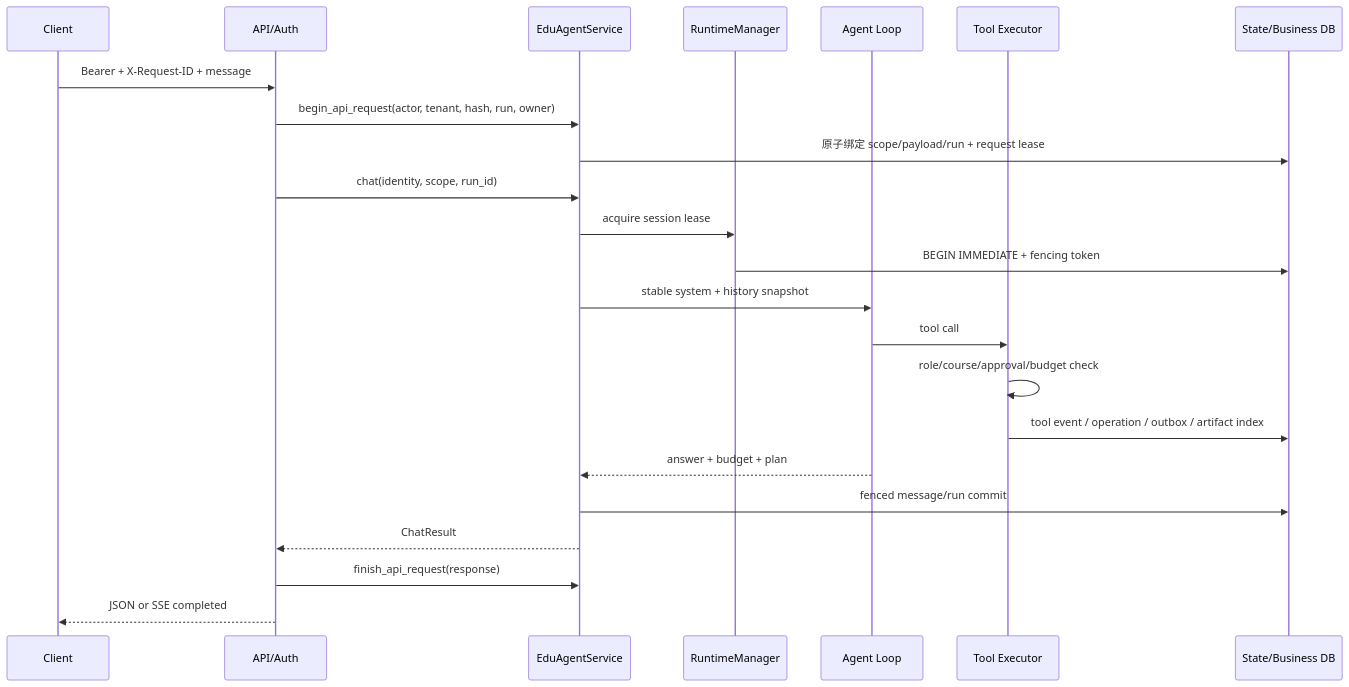
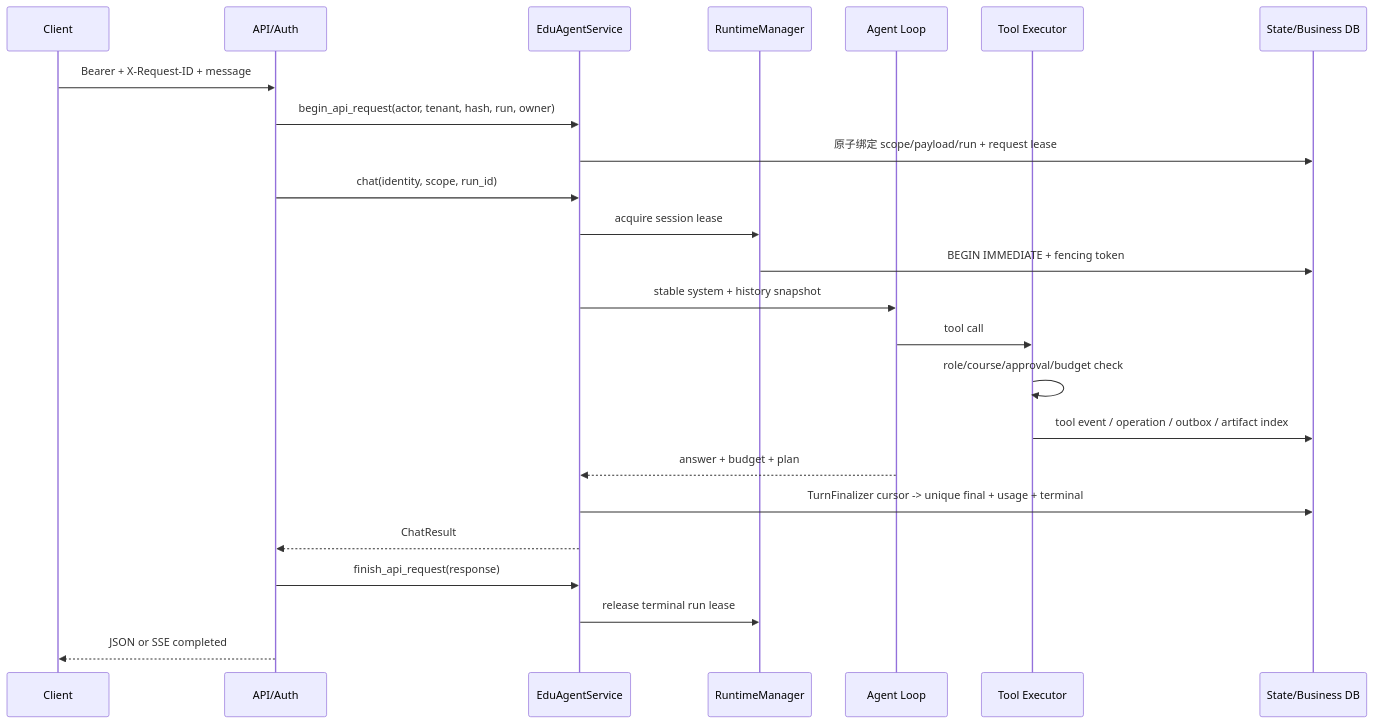
The second of 6 diagrams in docs/architecture.md (zhangxiaobina/edu-agent), drawn with Mermaid before and after one commit. The commit also changed other lines of this file and 21 other files, not shown here.

Commit message:
feat: add durable turn finalizer

````diff
--- a/docs/architecture.md
+++ b/docs/architecture.md
@@ -69,26 +69,27 @@
 ```mermaid
 sequenceDiagram
     participant C as Client
     participant A as API/Auth
     participant S as EduAgentService
     participant R as RuntimeManager
     participant G as Agent Loop
     participant T as Tool Executor
     participant DB as State/Business DB
 
     C->>A: Bearer + X-Request-ID + message
     A->>S: begin_api_request(actor, tenant, hash, run, owner)
     S->>DB: 原子绑定 scope/payload/run + request lease
     A->>S: chat(identity, scope, run_id)
     S->>R: acquire session lease
     R->>DB: BEGIN IMMEDIATE + fencing token
     S->>G: stable system + history snapshot
     G->>T: tool call
     T->>T: role/course/approval/budget check
     T->>DB: tool event / operation / outbox / artifact index
     G-->>S: answer + budget + plan
-    S->>DB: fenced message/run commit
+    S->>DB: TurnFinalizer cursor -> unique final + usage + terminal
     S-->>A: ChatResult
     A->>S: finish_api_request(response)
+    S->>R: release terminal run lease
     A-->>C: JSON or SSE completed
 ```
````
